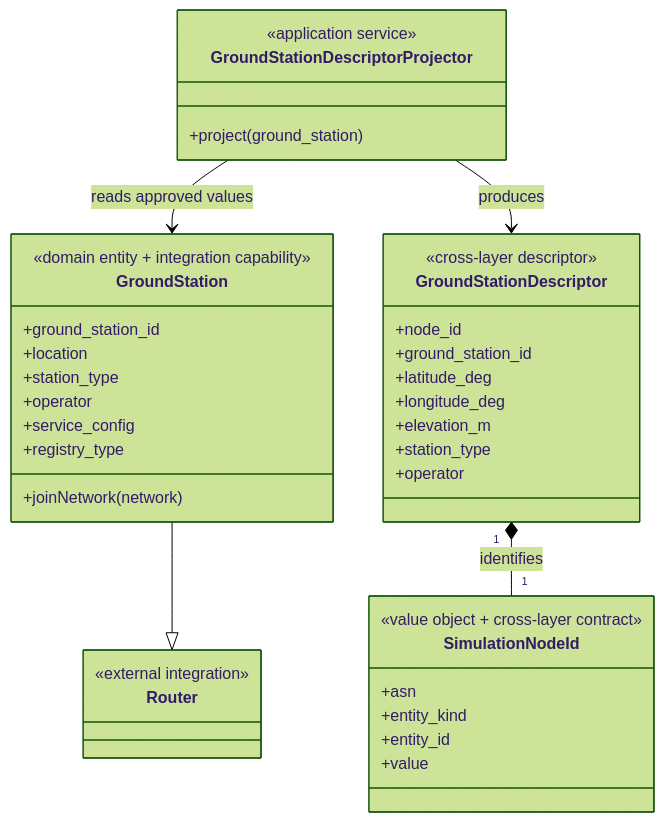
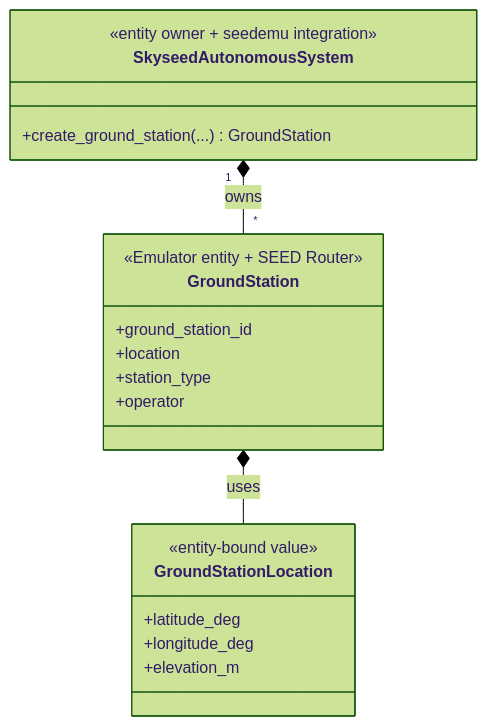
One commit to seed-labs/skyseed changed the first of 2 diagrams in skyseed_v2/docs/design/static-ground-station-emulator.md. Above: the diagram before and after it, drawn with Mermaid (forest theme). The commit also changed other lines of this file and 22 other files, not shown here.

Commit message:
Synchronize package architecture records

````diff
--- a/skyseed_v2/docs/design/static-ground-station-emulator.md
+++ b/skyseed_v2/docs/design/static-ground-station-emulator.md
@@ -17,42 +20,23 @@
 ```mermaid
 classDiagram
+    class SkyseedAutonomousSystem {
+        <<entity owner + seedemu integration>>
+        +create_ground_station(...) GroundStation
+    }
     class GroundStation {
-        <<domain entity + integration capability>>
+        <<Emulator entity + SEED Router>>
         +ground_station_id
         +location
         +station_type
         +operator
-        +service_config
-        +registry_type
-        +joinNetwork(network)
     }
-    class Router {
-        <<external integration>>
-    }
-    class GroundStationDescriptorProjector {
-        <<application service>>
-        +project(ground_station)
-    }
-    class GroundStationDescriptor {
-        <<cross-layer descriptor>>
-        +node_id
-        +ground_station_id
+    class GroundStationLocation {
+        <<entity-bound value>>
         +latitude_deg
         +longitude_deg
         +elevation_m
-        +station_type
-        +operator
-    }
-    class SimulationNodeId {
-        <<value object + cross-layer contract>>
-        +asn
-        +entity_kind
-        +entity_id
-        +value
     }
 
-    GroundStation --|> Router
-    GroundStationDescriptorProjector --> GroundStation : reads approved values
-    GroundStationDescriptorProjector --> GroundStationDescriptor : produces
-    GroundStationDescriptor "1" *-- "1" SimulationNodeId : identifies
+    SkyseedAutonomousSystem "1" *-- "*" GroundStation : owns
+    GroundStation *-- GroundStationLocation : uses
 ```
````
